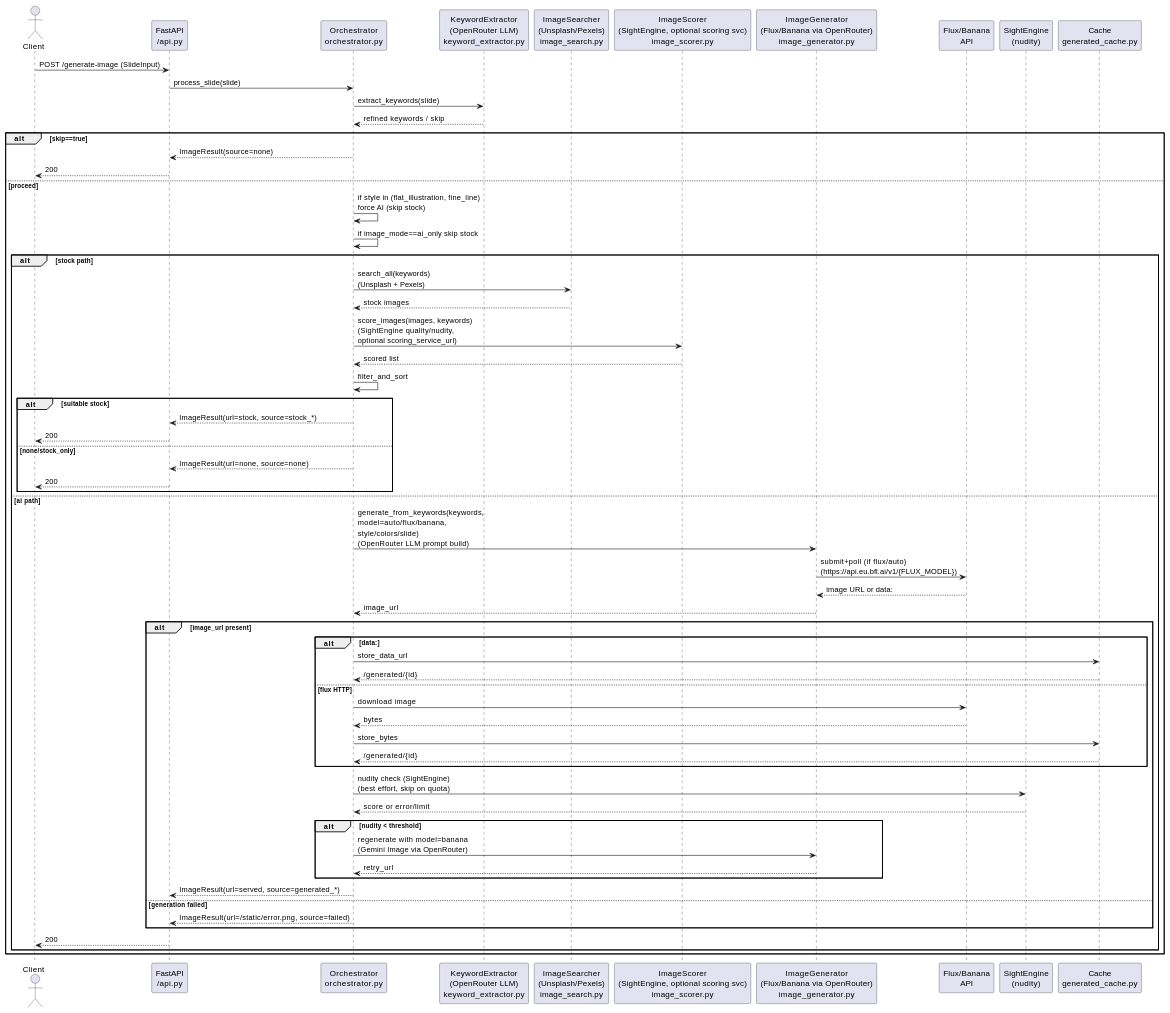
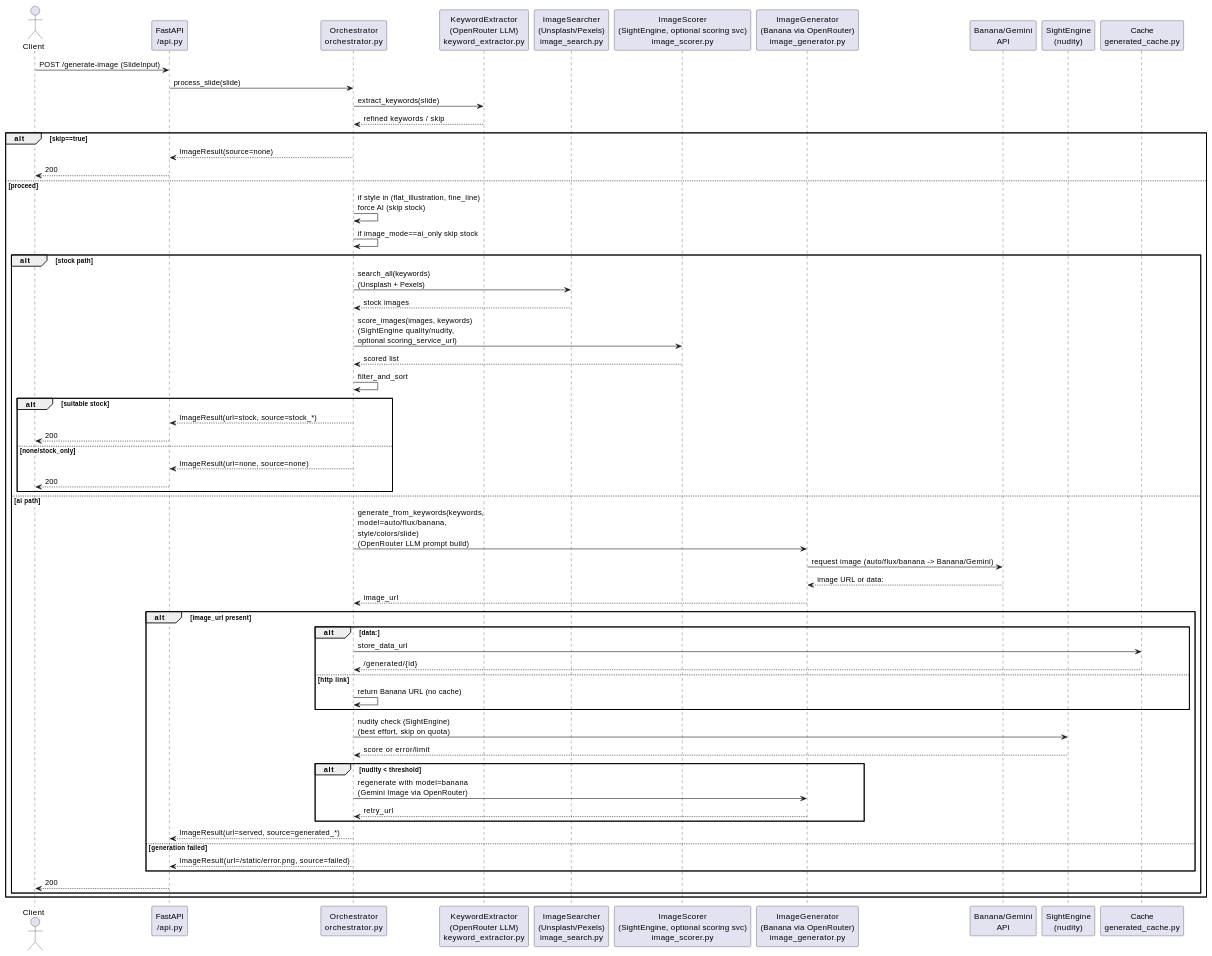
The diagram in README.md (gurkepunktli/npe1-colecture), drawn with PlantUML before and after one commit. The commit also changed other lines of this file and 3 other files, not shown here.

Commit message:
Route auto flux to banana

````diff
--- a/README.md
+++ b/README.md
@@ -83,70 +83,67 @@
 ```plantuml
 @startuml
 actor Client
 participant "FastAPI\n/api.py" as API
 participant "Orchestrator\norchestrator.py" as ORCH
 participant "KeywordExtractor\n(OpenRouter LLM)\nkeyword_extractor.py" as KE
 participant "ImageSearcher\n(Unsplash/Pexels)\nimage_search.py" as IS
 participant "ImageScorer\n(SightEngine, optional scoring svc)\nimage_scorer.py" as ISC
-participant "ImageGenerator\n(Flux/Banana via OpenRouter)\nimage_generator.py" as IG
-participant "Flux/Banana\nAPI" as FLUX
+participant "ImageGenerator\n(Banana via OpenRouter)\nimage_generator.py" as IG
+participant "Banana/Gemini\nAPI" as BANANA
 participant "SightEngine\n(nudity)" as SE
 participant "Cache\ngenerated_cache.py" as CACHE
 
 Client -> API: POST /generate-image (SlideInput)
 API -> ORCH: process_slide(slide)
 
 ORCH -> KE: extract_keywords(slide)
 KE --> ORCH: refined keywords / skip
 
 alt skip==true
   ORCH --> API: ImageResult(source=none)
   API --> Client: 200
 else proceed
   ORCH -> ORCH: if style in (flat_illustration, fine_line)\nforce AI (skip stock)
   ORCH -> ORCH: if image_mode==ai_only skip stock
 
   alt stock path
     ORCH -> IS: search_all(keywords)\n(Unsplash + Pexels)
     IS --> ORCH: stock images
     ORCH -> ISC: score_images(images, keywords)\n(SightEngine quality/nudity,\noptional scoring_service_url)
     ISC --> ORCH: scored list
     ORCH -> ORCH: filter_and_sort
     alt suitable stock
       ORCH --> API: ImageResult(url=stock, source=stock_*)
       API --> Client: 200
     else none/stock_only
       ORCH --> API: ImageResult(url=none, source=none)
       API --> Client: 200
     end
   else ai path
     ORCH -> IG: generate_from_keywords(keywords,\nmodel=auto/flux/banana,\nstyle/colors/slide)\n(OpenRouter LLM prompt build)
-    IG -> FLUX: submit+poll (if flux/auto)\n(https://api.eu.bfl.ai/v1/{FLUX_MODEL})
-    FLUX --> IG: image URL or data:
+    IG -> BANANA: request image (auto/flux/banana -> Banana/Gemini)
+    BANANA --> IG: image URL or data:
     IG --> ORCH: image_url
 
     alt image_url present
       alt data:
         ORCH -> CACHE: store_data_url
         CACHE --> ORCH: /generated/{id}
-      else flux HTTP
-        ORCH -> FLUX: download image
-        FLUX --> ORCH: bytes
-        ORCH -> CACHE: store_bytes
-        CACHE --> ORCH: /generated/{id}
+      else http link
+        ORCH -> ORCH: return Banana URL (no cache)
       end
       ORCH -> SE: nudity check (SightEngine)\n(best effort, skip on quota)
       SE --> ORCH: score or error/limit
       alt nudity < threshold
         ORCH -> IG: regenerate with model=banana\n(Gemini Image via OpenRouter)
         IG --> ORCH: retry_url
       end
       ORCH --> API: ImageResult(url=served, source=generated_*)
     else generation failed
       ORCH --> API: ImageResult(url=/static/error.png, source=failed)
     end
     API --> Client: 200
   end
 end
 @enduml
 ```
````
